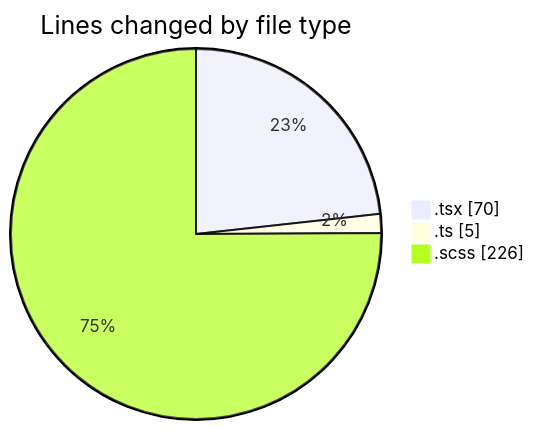
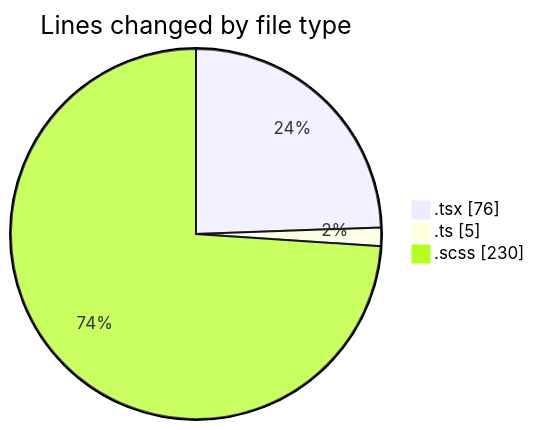
The first of 2 diagrams in 2025-02-28/cda/README.md (momahboobian/code-tracking), drawn with Mermaid before and after one commit. The commit also changed other lines of this file and 1 other file, not shown here.

````diff
--- a/2025-02-28/cda/README.md
+++ b/2025-02-28/cda/README.md
@@ -24,7 +24,7 @@
 ```mermaid
 pie showData
 title Lines changed by file type
-".tsx" : 70
+".tsx" : 76
 ".ts" : 5
-".scss" : 226
+".scss" : 230
 ```
````
